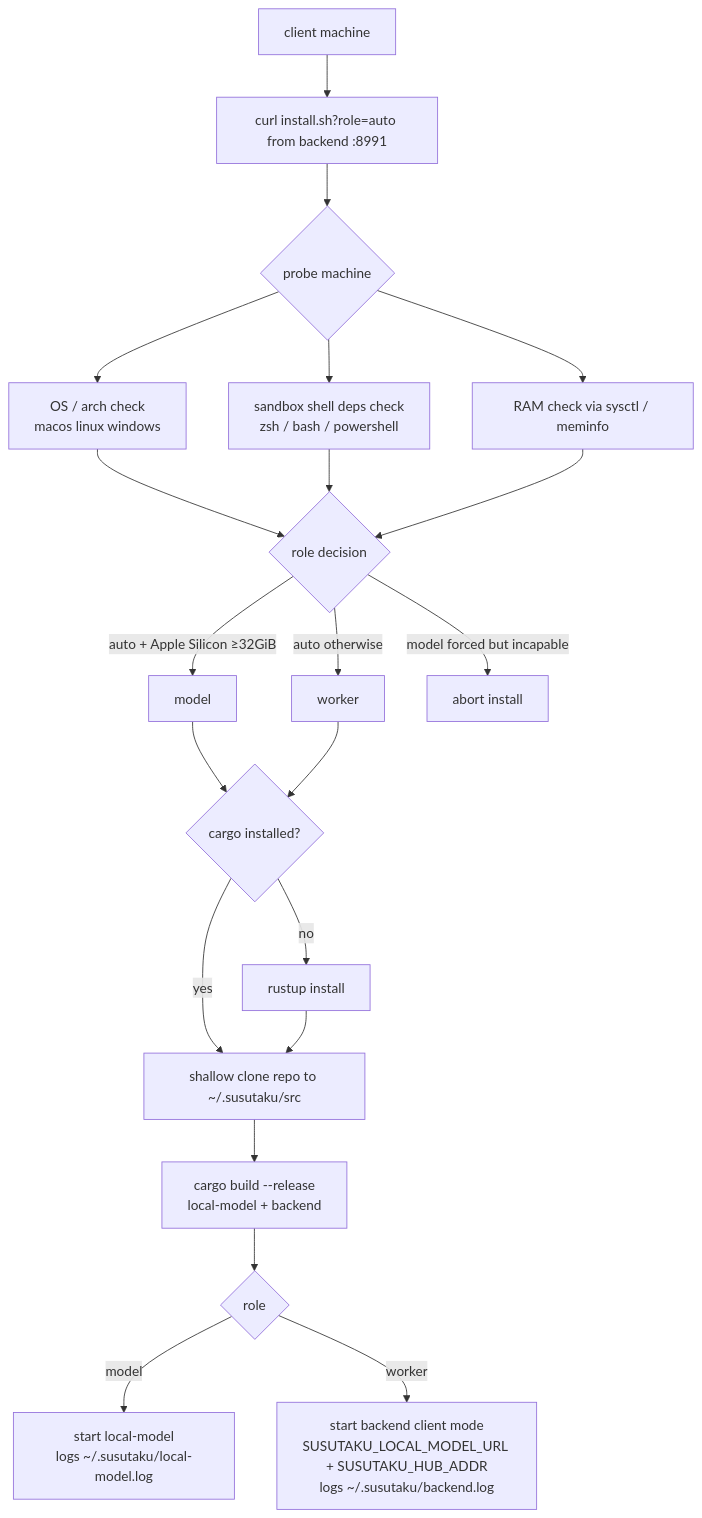
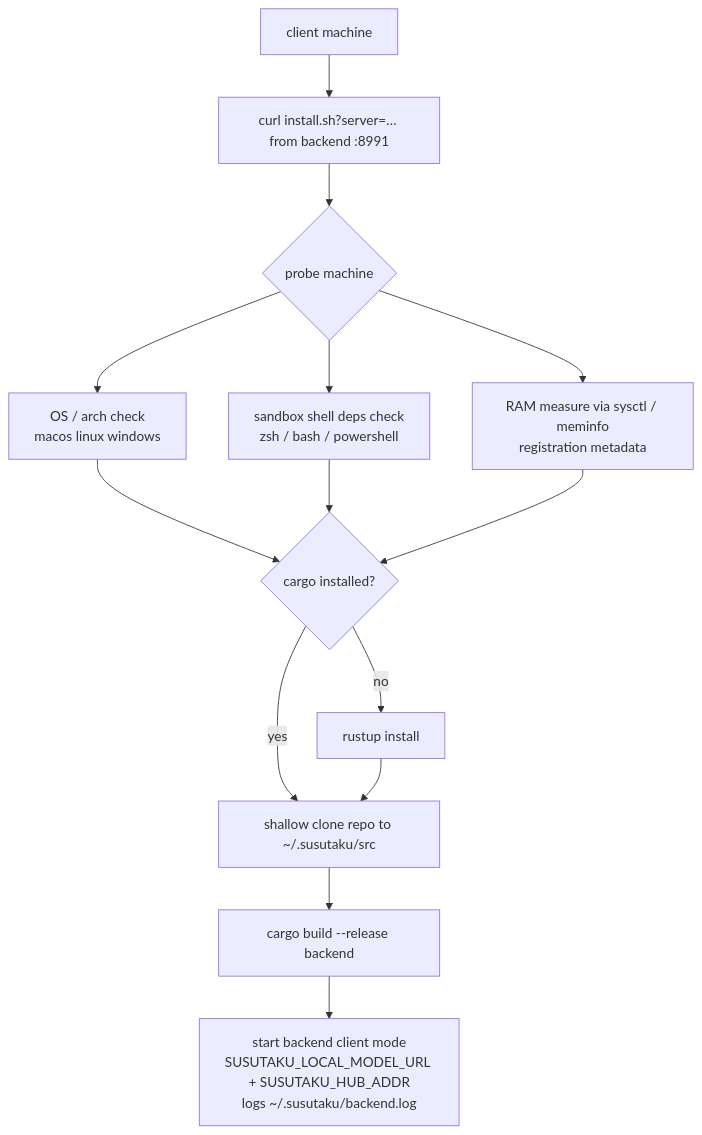
The second of 8 diagrams in docs/remote-clients.md (lidm0707/susutaku), drawn with Mermaid before and after one commit. The commit also changed other lines of this file and 7 other files, not shown here.

Commit message:
feat(installer): runtime-only install — drop model-host role, model via endpoint

````diff
--- a/docs/remote-clients.md
+++ b/docs/remote-clients.md
@@ -39,20 +39,14 @@
 ```mermaid
 flowchart TD
-    A[client machine] --> B[curl install.sh?role=auto from backend :8991]
+    A[client machine] --> B[curl install.sh?server=… from backend :8991]
     B --> C{probe machine}
     C --> C1[OS / arch check<br/>macos linux windows]
     C --> C2[sandbox shell deps check<br/>zsh / bash / powershell]
-    C --> C3[RAM check via sysctl / meminfo]
-    C1 & C2 & C3 --> D{role decision}
-    D -->|auto + Apple Silicon ≥32GiB| E[model]
-    D -->|auto otherwise| F[worker]
-    D -->|model forced but incapable| X[abort install]
-    E & F --> G{cargo installed?}
+    C --> C3[RAM measure via sysctl / meminfo<br/>registration metadata]
+    C1 & C2 & C3 --> G{cargo installed?}
     G -->|no| H[rustup install]
     G -->|yes| I
     H --> I[shallow clone repo to ~/.susutaku/src]
-    I --> J[cargo build --release<br/>local-model + backend]
-    J --> K{role}
-    K -->|model| L[start local-model<br/>logs ~/.susutaku/local-model.log]
-    K -->|worker| M[start backend client mode<br/>SUSUTAKU_LOCAL_MODEL_URL + SUSUTAKU_HUB_ADDR<br/>logs ~/.susutaku/backend.log]
+    I --> J[cargo build --release backend]
+    J --> M[start backend client mode<br/>SUSUTAKU_LOCAL_MODEL_URL + SUSUTAKU_HUB_ADDR<br/>logs ~/.susutaku/backend.log]
 ```
````
